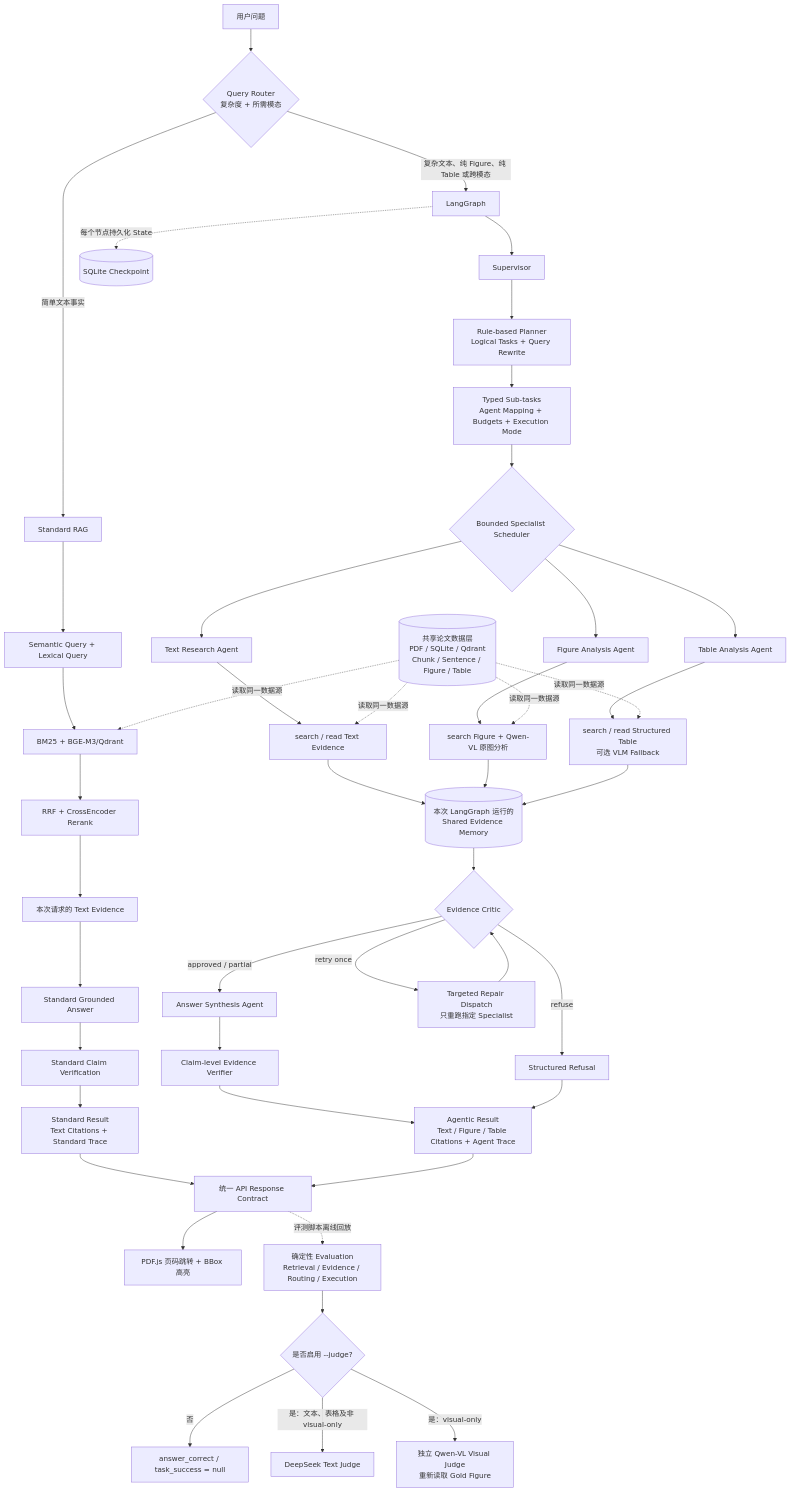
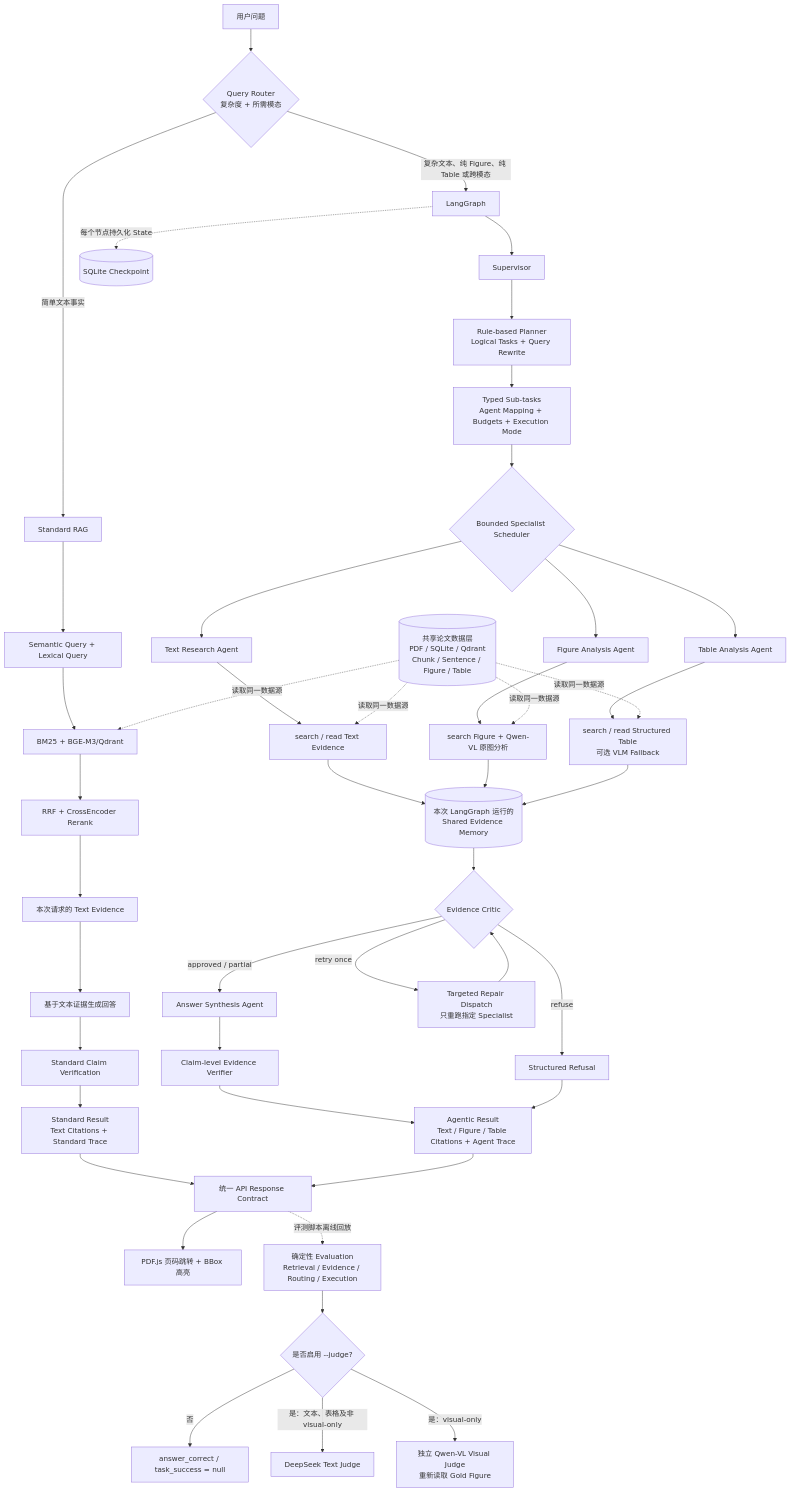
Before and after one commit to jiuBABY6/Paperlens: the second of 2 diagrams in README.md, drawn with Mermaid.

Commit message:
docs: clarify RAG workflow diagram

````diff
--- a/README.md
+++ b/README.md
@@ -63,58 +63,58 @@
 ```mermaid
 flowchart TD
     QUESTION[用户问题] --> ROUTER{Query Router<br/>复杂度 + 所需模态}
 
     DATA[(共享论文数据层<br/>PDF / SQLite / Qdrant<br/>Chunk / Sentence / Figure / Table)]
 
     ROUTER -->|简单文本事实| STANDARD[Standard RAG]
     STANDARD --> QUERY_PLAN[Semantic Query + Lexical Query]
     QUERY_PLAN --> TEXT_SEARCH[BM25 + BGE-M3/Qdrant]
     TEXT_SEARCH --> FUSION[RRF + CrossEncoder Rerank]
     DATA -. 读取同一数据源 .-> TEXT_SEARCH
     FUSION --> STANDARD_EVIDENCE[本次请求的 Text Evidence]
-    STANDARD_EVIDENCE --> STANDARD_ANSWER[Standard Grounded Answer]
+    STANDARD_EVIDENCE --> STANDARD_ANSWER[基于文本证据生成回答]
     STANDARD_ANSWER --> STANDARD_VERIFY[Standard Claim Verification]
     STANDARD_VERIFY --> STANDARD_RESULT[Standard Result<br/>Text Citations + Standard Trace]
 
     ROUTER -->|复杂文本、纯 Figure、纯 Table 或跨模态| GRAPH[LangGraph]
     GRAPH --> SUPERVISOR[Supervisor]
     SUPERVISOR --> PLANNER[Rule-based Planner<br/>Logical Tasks + Query Rewrite]
     PLANNER --> PLAN[Typed Sub-tasks<br/>Agent Mapping + Budgets + Execution Mode]
     PLAN --> DISPATCH{Bounded Specialist Scheduler}
 
     DISPATCH --> TEXT_AGENT[Text Research Agent]
     DISPATCH --> FIGURE_AGENT[Figure Analysis Agent]
     DISPATCH --> TABLE_AGENT[Table Analysis Agent]
 
     TEXT_AGENT --> TEXT_TOOLS[search / read Text Evidence]
     FIGURE_AGENT --> FIGURE_TOOLS[search Figure + Qwen-VL 原图分析]
     TABLE_AGENT --> TABLE_TOOLS[search / read Structured Table<br/>可选 VLM Fallback]
     DATA -. 读取同一数据源 .-> TEXT_TOOLS
     DATA -. 读取同一数据源 .-> FIGURE_TOOLS
     DATA -. 读取同一数据源 .-> TABLE_TOOLS
 
     TEXT_TOOLS --> MEMORY[(本次 LangGraph 运行的<br/>Shared Evidence Memory)]
     FIGURE_TOOLS --> MEMORY
     TABLE_TOOLS --> MEMORY
     MEMORY --> CRITIC{Evidence Critic}
 
     CRITIC -->|approved / partial| ANSWER[Answer Synthesis Agent]
     CRITIC -->|retry once| REPAIR[Targeted Repair Dispatch<br/>只重跑指定 Specialist]
     REPAIR --> CRITIC
     CRITIC -->|refuse| REFUSAL[Structured Refusal]
 
     ANSWER --> VERIFY[Claim-level Evidence Verifier]
     VERIFY --> AGENT_RESULT[Agentic Result<br/>Text / Figure / Table Citations + Agent Trace]
     REFUSAL --> AGENT_RESULT
 
     STANDARD_RESULT --> API[统一 API Response Contract]
     AGENT_RESULT --> API
     API --> UI[PDF.js 页码跳转 + BBox 高亮]
     API -. 评测脚本离线回放 .-> EVAL[确定性 Evaluation<br/>Retrieval / Evidence / Routing / Execution]
     EVAL --> JUDGE_GATE{是否启用 --judge?}
     JUDGE_GATE -->|否| NO_JUDGE[answer_correct / task_success = null]
     JUDGE_GATE -->|是：文本、表格及非 visual-only| TEXT_JUDGE[DeepSeek Text Judge]
     JUDGE_GATE -->|是：visual-only| VISUAL_JUDGE[独立 Qwen-VL Visual Judge<br/>重新读取 Gold Figure]
 
     GRAPH -. 每个节点持久化 State .-> CHECKPOINT[(SQLite Checkpoint)]
 ```
````
